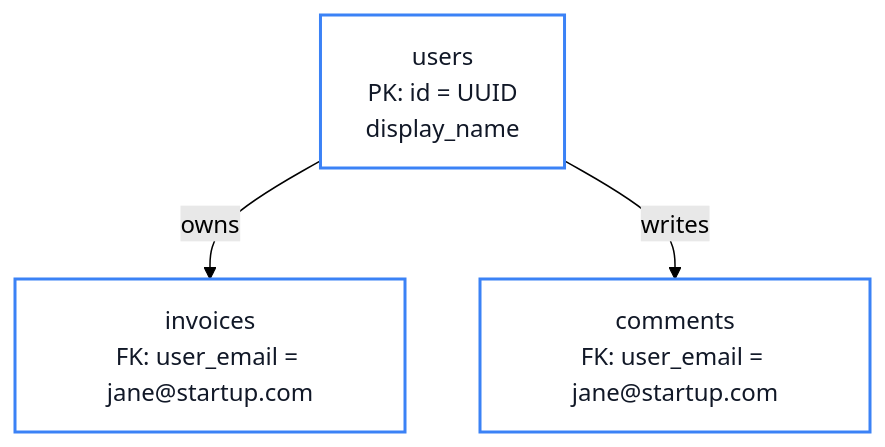
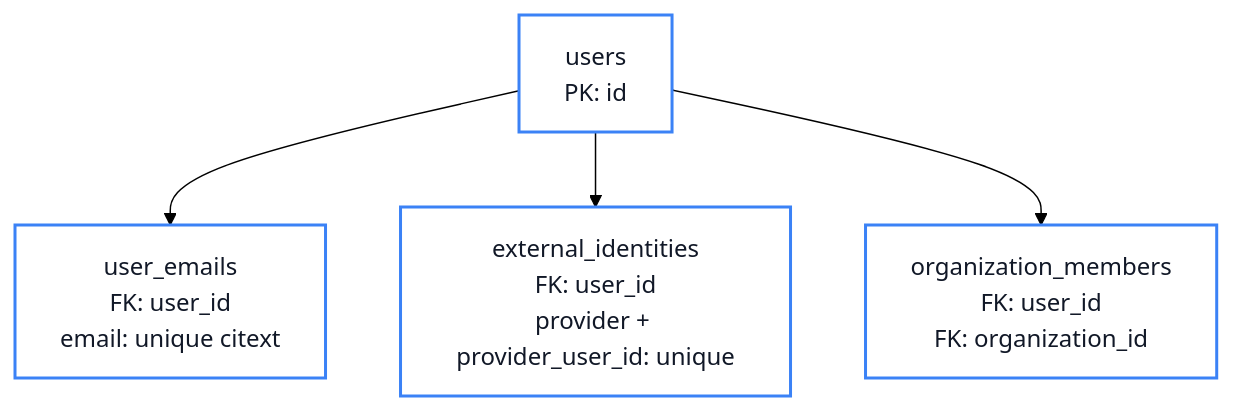
Before and after one commit to theparitt/rooiam: the diagram in rooiam-book/chapter-01-the-identity-core.md, drawn with Mermaid (forest theme). The commit also changed other lines of this file and 68 other files, not shown here.

````diff
--- a/rooiam-book/chapter-01-the-identity-core.md
+++ b/rooiam-book/chapter-01-the-identity-core.md
@@ -34,12 +22,12 @@
 ```mermaid
 flowchart TD
-    users["users<br/>PK: id = UUID<br/>display_name"]
-    invoices["invoices<br/>FK: user_email = jane@startup.com"]
-    comments["comments<br/>FK: user_email = jane@startup.com"]
-
-    users -->|owns| invoices
-    users -->|writes| comments
-
+    users["users<br/>PK: id"]
+    emails["user_emails<br/>FK: user_id<br/>email: unique citext"]
+    identities["external_identities<br/>FK: user_id<br/>provider + provider_user_id: unique"]
+    members["organization_members<br/>FK: user_id<br/>FK: organization_id"]
+    users --> emails
+    users --> identities
+    users --> members
     classDef table fill:#ffffff,stroke:#3b82f6,stroke-width:2px,color:#111827;
-    class users,invoices,comments table;
+    class users,emails,identities,members table;
 ```
````
